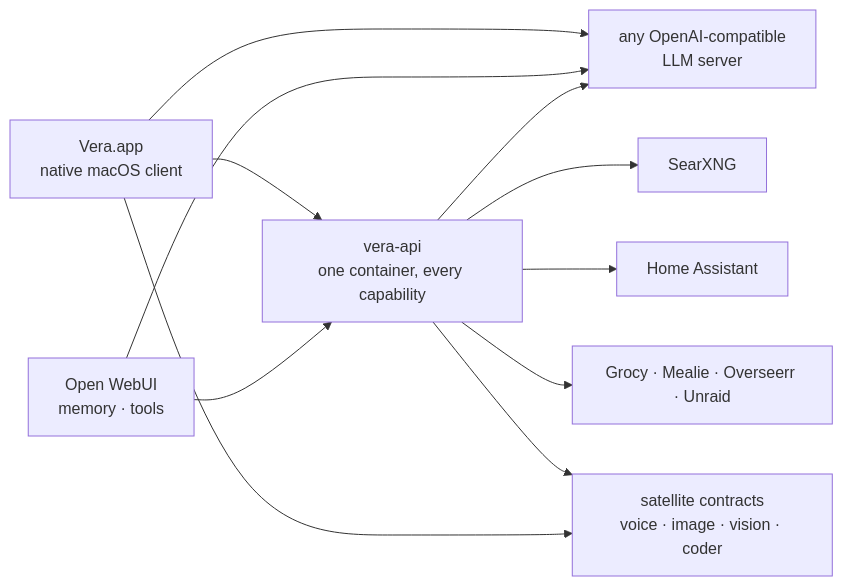
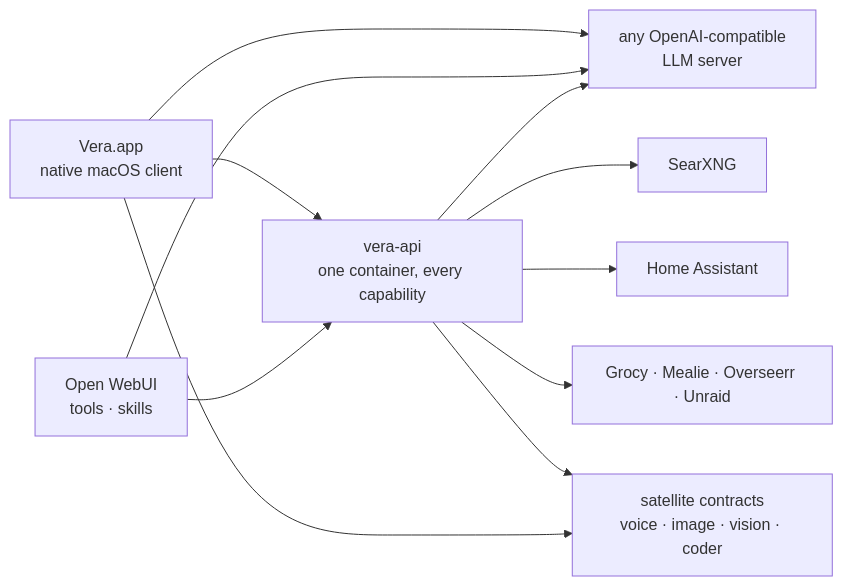
One commit to DisplacedForest/vera changed the diagram in README.md. Above: the diagram before and after it, drawn with Mermaid. The commit also changed other lines of this file and 33 other files, not shown here.

First line of the commit message:
Native identity and direct model access replace Open WebUI data paths (#24)

````diff
--- a/README.md
+++ b/README.md
@@ -34,22 +34,22 @@
 ```mermaid
 flowchart LR
     APP["Vera.app<br/>native macOS client"]
-    OWUI["Open WebUI<br/>memory · tools"]
+    OWUI["Open WebUI<br/>tools · skills"]
     LLM["any OpenAI-compatible<br/>LLM server"]
     API["vera-api<br/>one container, every capability"]
     SEARX["SearXNG"]
     HA["Home Assistant"]
     INT["Grocy · Mealie · Overseerr · Unraid"]
     SAT["satellite contracts<br/>voice · image · vision · coder"]
 
     APP --> LLM
     OWUI --> LLM
     APP --> API
     OWUI --> API
     API --> LLM
     API --> SEARX
     API --> HA
     API --> INT
     API --> SAT
     APP --> SAT
 ```
````
